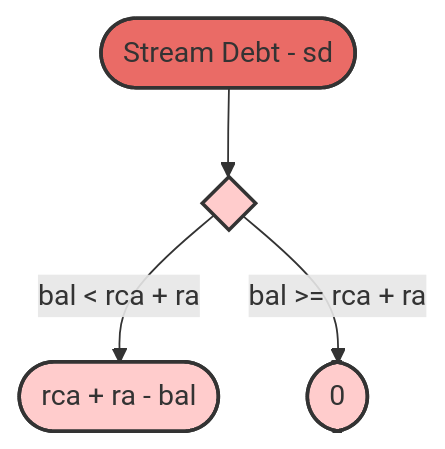
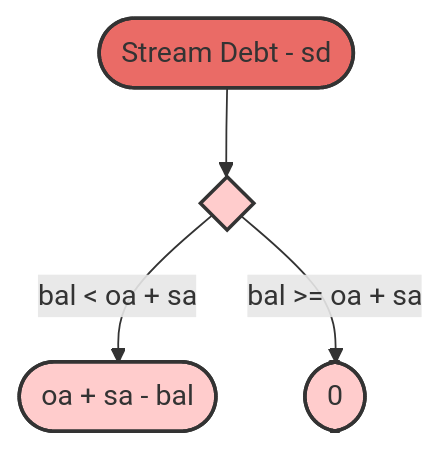
One commit to sablier-labs/flow changed the eighth of 8 diagrams in diagrams.md. Above: the diagram before and after it, drawn with Mermaid. The commit also changed other lines of this file and 45 other files, not shown here.

````diff
--- a/diagrams.md
+++ b/diagrams.md
@@ -235,15 +235,15 @@
 ```mermaid
 flowchart TD
     di0{ }:::red1
     sd([Stream Debt - sd]):::red0
-    res_sd(["rca + ra - bal"]):::red1
+    res_sd(["oa + sa - bal"]):::red1
     res_zero([0]):::red1
 
     sd --> di0
-    di0 -- "bal < rca + ra" --> res_sd
-    di0 -- "bal >= rca + ra" --> res_zero
+    di0 -- "bal < oa + sa" --> res_sd
+    di0 -- "bal >= oa + sa" --> res_zero
 
     classDef red0 fill:#EA6B66,stroke:#333,stroke-width:2px;
     classDef red1 fill:#FFCCCC,stroke:#333,stroke-width:2px;
 
 ```
````
